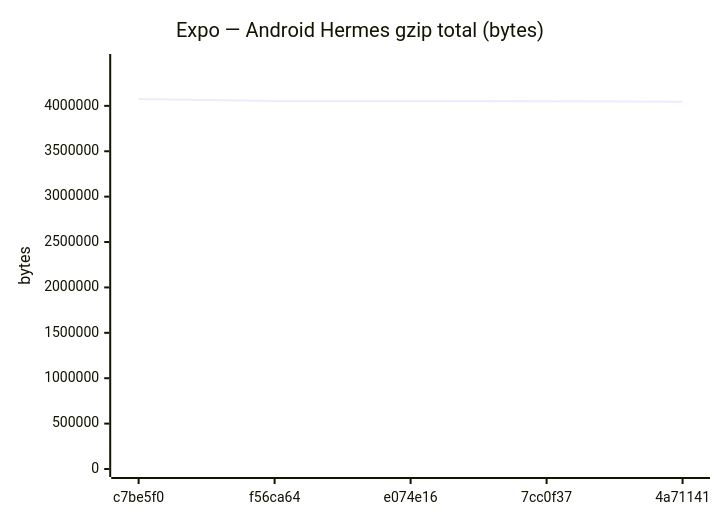
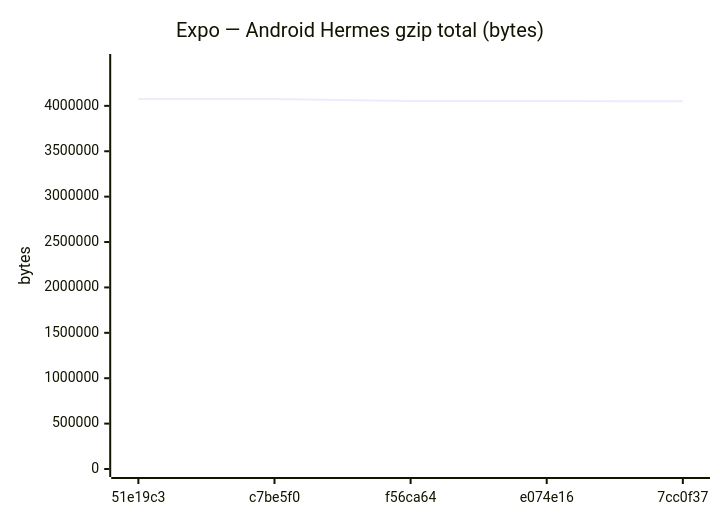
Before and after one commit to Metaheurist/Rianell: diagram 11 of 18 in benchmarks/compare.md, drawn with Mermaid. The commit also changed other lines of this file and 11 other files, not shown here.

````diff
--- a/benchmarks/compare.md
+++ b/benchmarks/compare.md
@@ -172,7 +172,7 @@
 ```mermaid
 xychart-beta
     title "Expo — Android Hermes gzip total (bytes)"
-    x-axis ["c7be5f0", "f56ca64", "e074e16", "7cc0f37", "4a71141"]
-    y-axis "bytes" 0 --> 4483141
-    line [4075582, 4052821, 4052813, 4049448, 4046554]
+    x-axis ["51e19c3", "c7be5f0", "f56ca64", "e074e16", "7cc0f37"]
+    y-axis "bytes" 0 --> 4483143
+    line [4075584, 4075582, 4052821, 4052813, 4049448]
 ```
````
